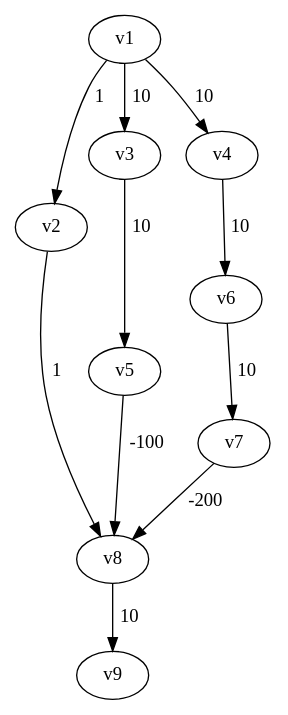
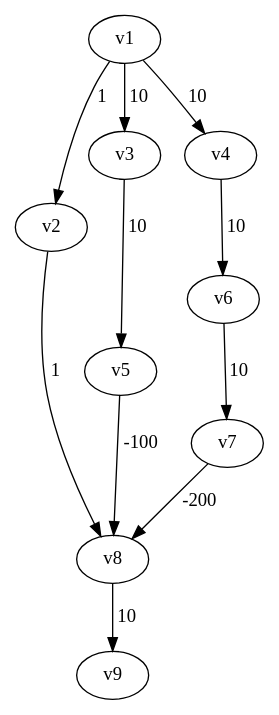
Before and after one commit to MaxPower9001/B-AI3GKAP: the diagram in io/graph_06.dot, drawn with Graphviz. The commit also changed 21 other files, not shown here.

```diff
--- a/io/graph_06.dot
+++ b/io/graph_06.dot
@@ -1,22 +1,22 @@
 digraph graph_06
 {
 v1
 v2
 v3
 v4
 v8
 v5
 v6
 v7
 v9
-v1 -> v2 [label=" 1  "]
-v1 -> v3 [label=" 10  "]
-v1 -> v4 [label=" 10  "]
-v2 -> v8 [label=" 1  "]
-v3 -> v5 [label=" 10  "]
-v4 -> v6 [label=" 10  "]
-v8 -> v9 [label=" 10  "]
-v5 -> v8 [label=" -100  "]
-v6 -> v7 [label=" 10  "]
-v7 -> v8 [label=" -200  "]
+v1 -> v2 [label="1  "]
+v1 -> v3 [label="10  "]
+v1 -> v4 [label="10  "]
+v2 -> v8 [label="1  "]
+v3 -> v5 [label="10  "]
+v4 -> v6 [label="10  "]
+v8 -> v9 [label="10  "]
+v5 -> v8 [label="-100  "]
+v6 -> v7 [label="10  "]
+v7 -> v8 [label="-200  "]
 }
```
